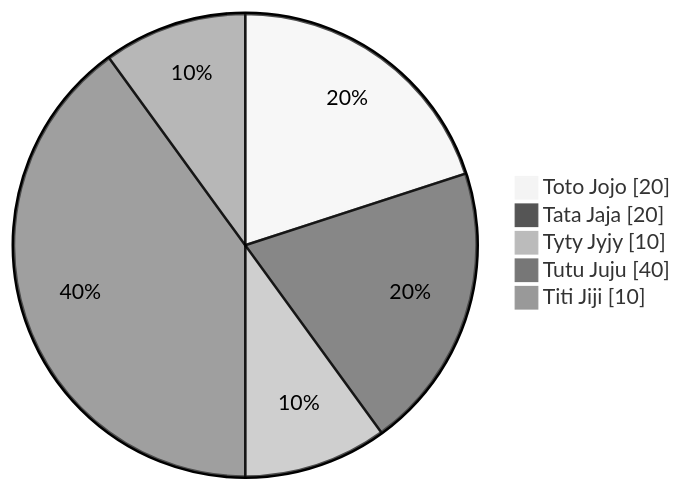
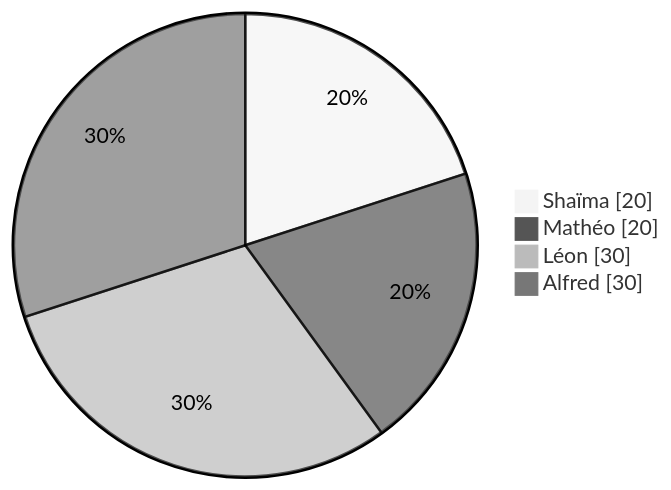
Before and after one commit to ING1-Paris/ece-world-paris-ing1-2022-2023-nintendeau: the fifth of 5 diagrams in presentation/presentation.md, drawn with Mermaid. The commit also changed other lines of this file, not shown here.

Commit message:
CHANGEMENT : inclusion des graphes d'appels - VERIFIEZ SI CE QUE J'AI FAIT EST OK -BUG d'affichage sur les graphes d'appels j'ignore pourquoi -JAI EXPLIQUE CHAQUE JEU DANS LE RAPPORT

```diff
--- a/presentation/presentation.md
+++ b/presentation/presentation.md
@@ -191,9 +473,9 @@
 <div class="mermaid">
 %%{init: {'theme':'neutral'}}%%
 pie showData
-    "Toto Jojo" : 20
-    "Tata Jaja" : 20
-    "Tyty Jyjy" : 10
-    "Tutu Juju" : 40
-    "Titi Jiji" : 10
+    "Shaïma" : 20
+    "Mathéo" : 20
+    "Léon" : 30
+    "Alfred" : 30
+    
 </div>
```
